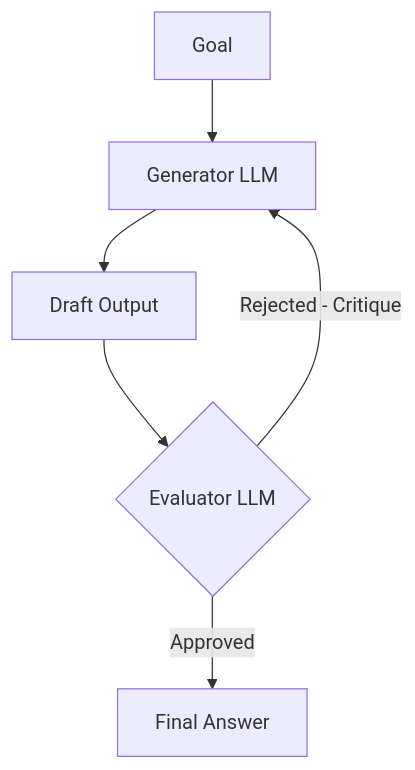
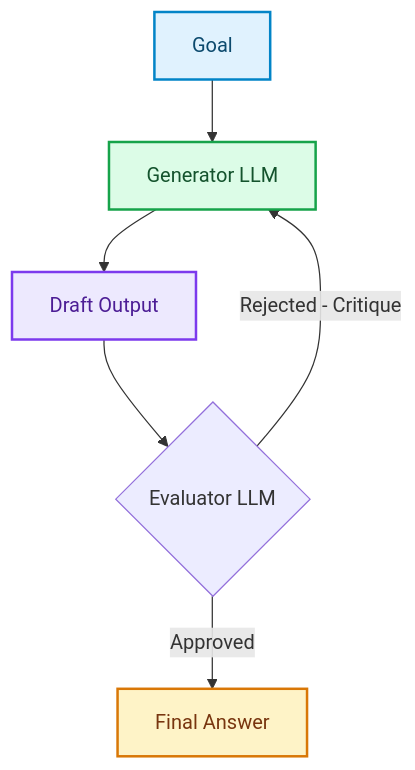
One commit to akmalkhaniub/akmalkhaniub.github.io changed the sixth of 8 diagrams in blog/posts/agentic-ai-architectures.md. Above: the diagram before and after it, drawn with Mermaid. The commit also changed other lines of this file and 1291 other files, not shown here.

First line of the commit message:
feat(catalog): unique covers, scholarly references, and diagram palettes

````diff
--- a/blog/posts/agentic-ai-architectures.md
+++ b/blog/posts/agentic-ai-architectures.md
@@ -127,8 +182,18 @@
 ```mermaid
 flowchart TD
-    Input[Goal] --> Gen[Generator LLM]
-    Gen --> Draft[Draft Output]
+    Input["Goal"] --> Gen["Generator LLM"]
+    Gen --> Draft["Draft Output"]
     Draft --> Eval{Evaluator LLM}
     Eval -->|Rejected - Critique| Gen
-    Eval -->|Approved| Out[Final Answer]
+    Eval -->|Approved| Out["Final Answer"]
+
+classDef green fill:#dcfce7,stroke:#16a34a,stroke-width:2px,color:#14532d;
+classDef red fill:#fee2e2,stroke:#dc2626,stroke-width:2px,color:#7f1d1d;
+classDef blue fill:#e0f2fe,stroke:#0284c7,stroke-width:2px,color:#0c4a6e;
+classDef yellow fill:#fef3c7,stroke:#d97706,stroke-width:2px,color:#78350f;
+classDef purple fill:#ede9fe,stroke:#7c3aed,stroke-width:2px,color:#4c1d95;
+class Input blue
+class Gen green
+class Draft purple
+class Out yellow
 ```
````
